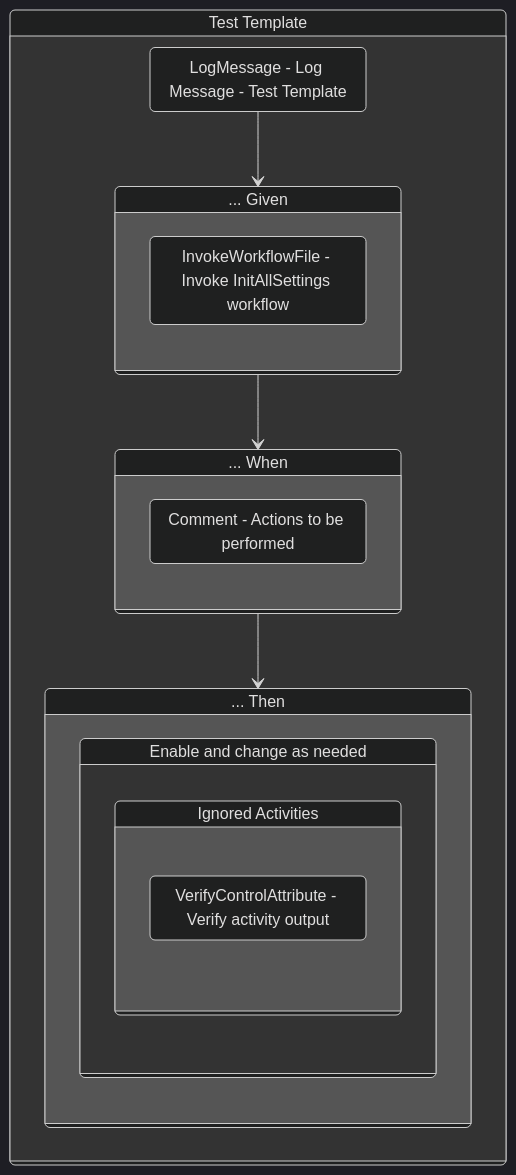
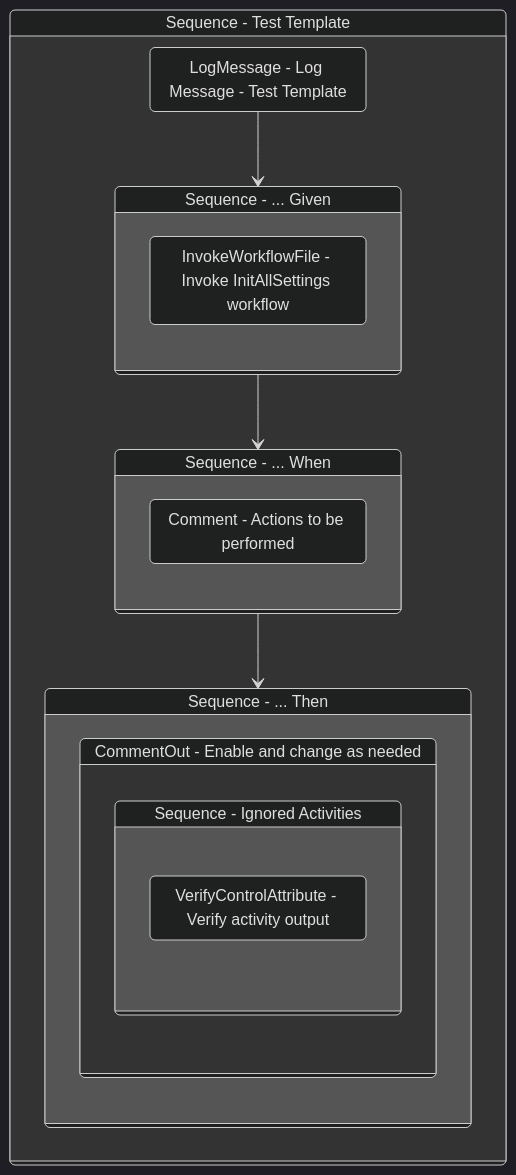
Before and after one commit to yashbrahmbhatt/LazyFramework: the diagram in Documentation/.templates/Performers/REFramework/Tests/WorkflowTestCaseTemplate.md, drawn with Mermaid (dark theme). The commit also changed 78 other files, not shown here.

````diff
--- a/Documentation/.templates/Performers/REFramework/Tests/WorkflowTestCaseTemplate.md
+++ b/Documentation/.templates/Performers/REFramework/Tests/WorkflowTestCaseTemplate.md
@@ -84,38 +84,38 @@
 ```mermaid
 stateDiagram-v2
 
 
-Sequence_2: Test Template
+Sequence_2: Sequence - Test Template
 state Sequence_2 {
 direction TB
 LogMessage_1 : LogMessage - Log Message - Test Template
 LogMessage_1 --> Sequence_3
-Sequence_3: ... Given
+Sequence_3: Sequence - ... Given
 state Sequence_3 {
 direction TB
 InvokeWorkflowFile_2 : InvokeWorkflowFile - Invoke InitAllSettings workflow
 }
 Sequence_3 --> Sequence_4
-Sequence_4: ... When
+Sequence_4: Sequence - ... When
 state Sequence_4 {
 direction TB
 Comment_1 : Comment - Actions to be performed
 }
 Sequence_4 --> Sequence_6
-Sequence_6: ... Then
+Sequence_6: Sequence - ... Then
 state Sequence_6 {
 direction TB
 
-CommentOut_1: Enable and change as needed
+CommentOut_1: CommentOut - Enable and change as needed
 state CommentOut_1 {
 direction TB
 
-Sequence_5: Ignored Activities
+Sequence_5: Sequence - Ignored Activities
 state Sequence_5 {
 direction TB
 VerifyControlAttribute_1 : VerifyControlAttribute - Verify activity output
 }
 }
 }
 }
 ```
````
